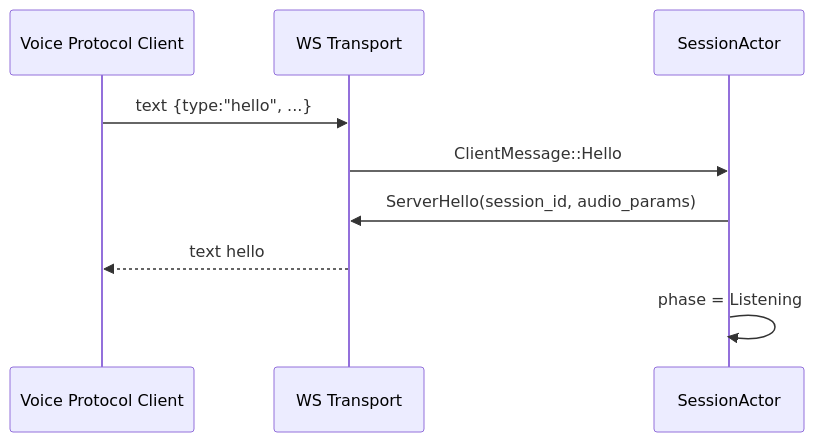
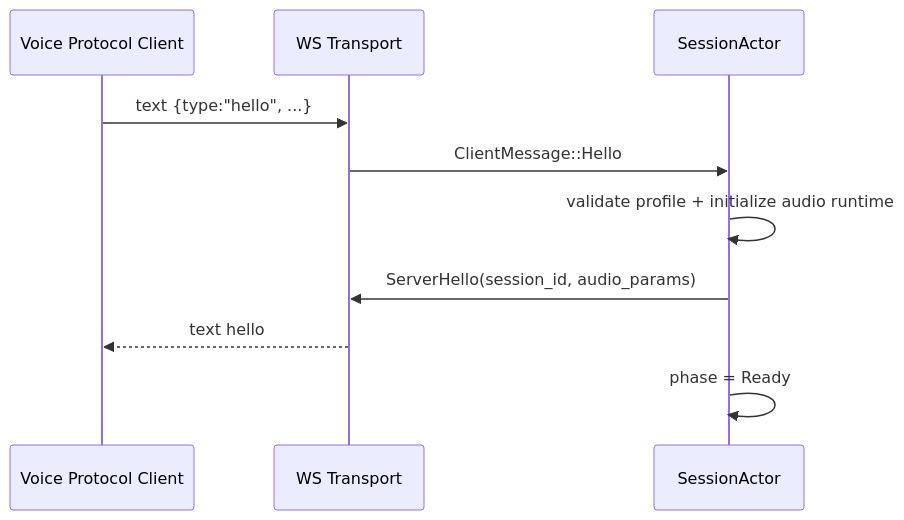
Before and after one commit to hailp-vn38/ai-agent-voice: the second of 3 diagrams in docs/flows/01-websocket.md, drawn with Mermaid. The commit also changed other lines of this file and 36 other files, not shown here.

````diff
--- a/docs/flows/01-websocket.md
+++ b/docs/flows/01-websocket.md
@@ -34,11 +34,12 @@
 ```mermaid
 sequenceDiagram
     participant CLIENT as Voice Protocol Client
     participant WS as WS Transport
     participant A as SessionActor
     CLIENT->>WS: text {type:"hello", ...}
     WS->>A: ClientMessage::Hello
+    A->>A: validate profile + initialize audio runtime
     A->>WS: ServerHello(session_id, audio_params)
     WS-->>CLIENT: text hello
-    A->>A: phase = Listening
+    A->>A: phase = Ready
 ```
````
